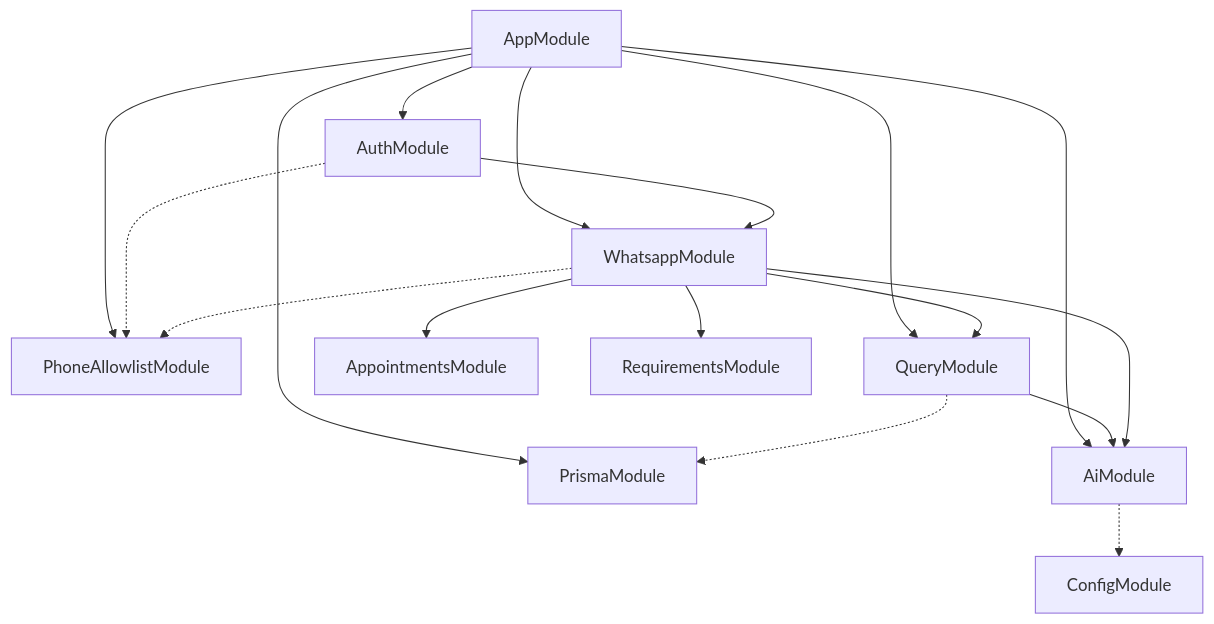
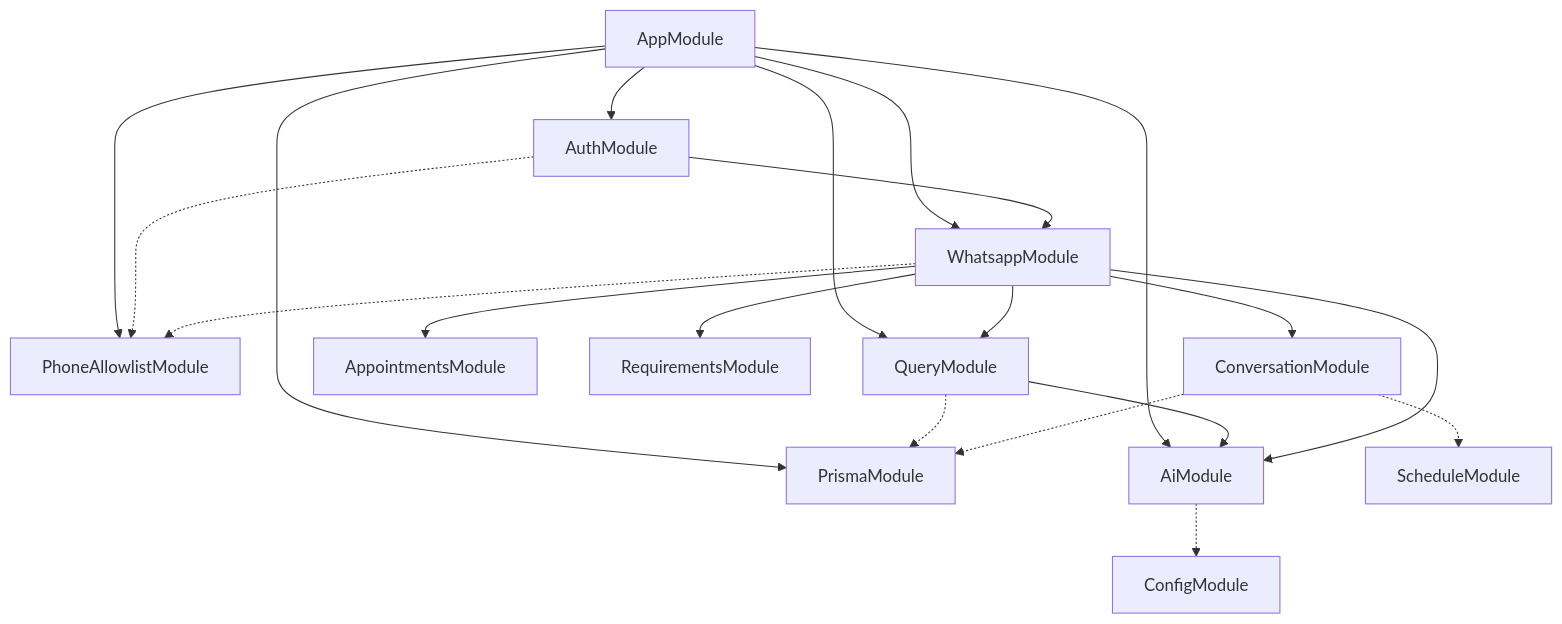
Before and after one commit to stavbarak/medflow-ai: the first of 2 diagrams in summaries/nestjs-technology-and-modules.md, drawn with Mermaid. The commit also changed other lines of this file and 6 other files, not shown here.

````diff
--- a/summaries/nestjs-technology-and-modules.md
+++ b/summaries/nestjs-technology-and-modules.md
@@ -172,21 +182,24 @@
 ```mermaid
 flowchart TB
   AppModule --> PrismaModule
   AppModule --> PhoneAllowlistModule
   AppModule --> AuthModule
   AppModule --> WhatsappModule
   AppModule --> QueryModule
   AppModule --> AiModule
 
   QueryModule --> AiModule
   WhatsappModule --> AiModule
   WhatsappModule --> QueryModule
   WhatsappModule --> AppointmentsModule
   WhatsappModule --> RequirementsModule
+  WhatsappModule --> ConversationModule
   AuthModule --> WhatsappModule
 
   AuthModule -.-> PhoneAllowlistModule
   WhatsappModule -.-> PhoneAllowlistModule
   QueryModule -.-> PrismaModule
+  ConversationModule -.-> PrismaModule
+  ConversationModule -.-> ScheduleModule
   AiModule -.-> ConfigModule
 ```
````
